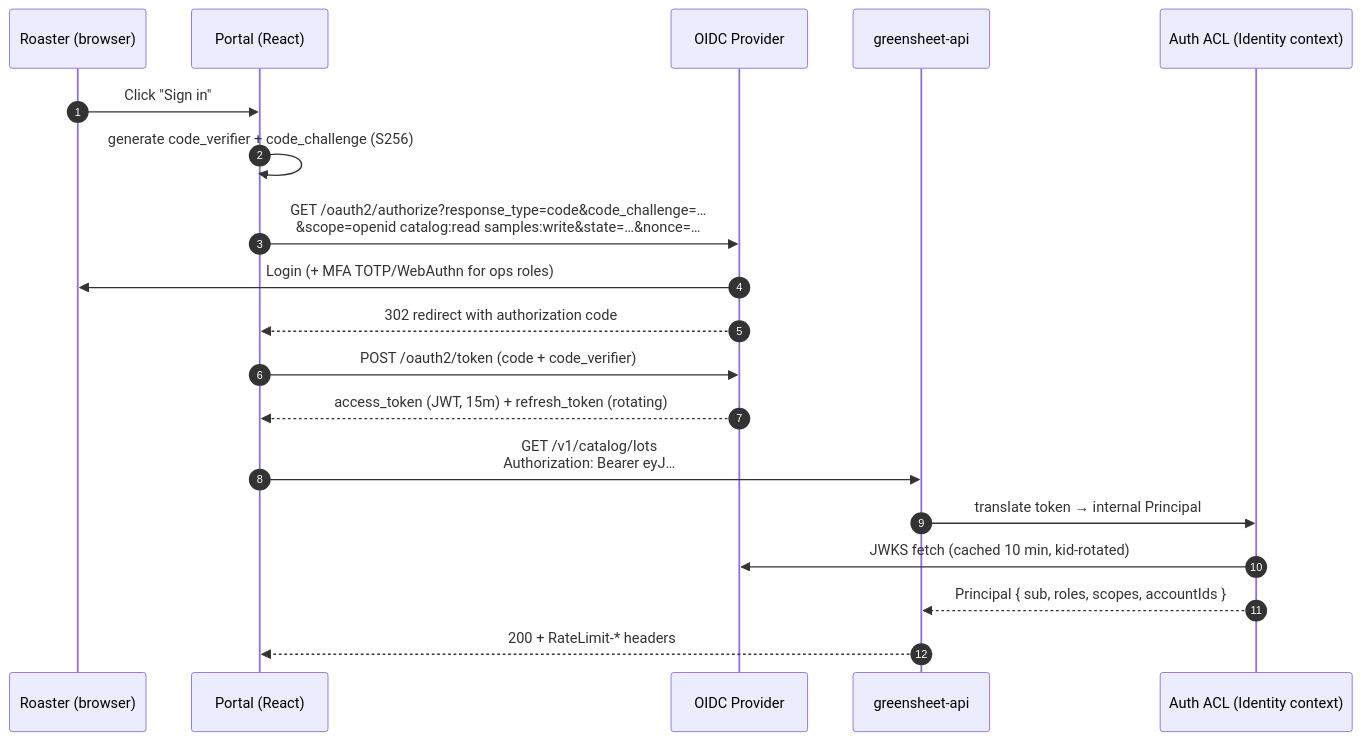
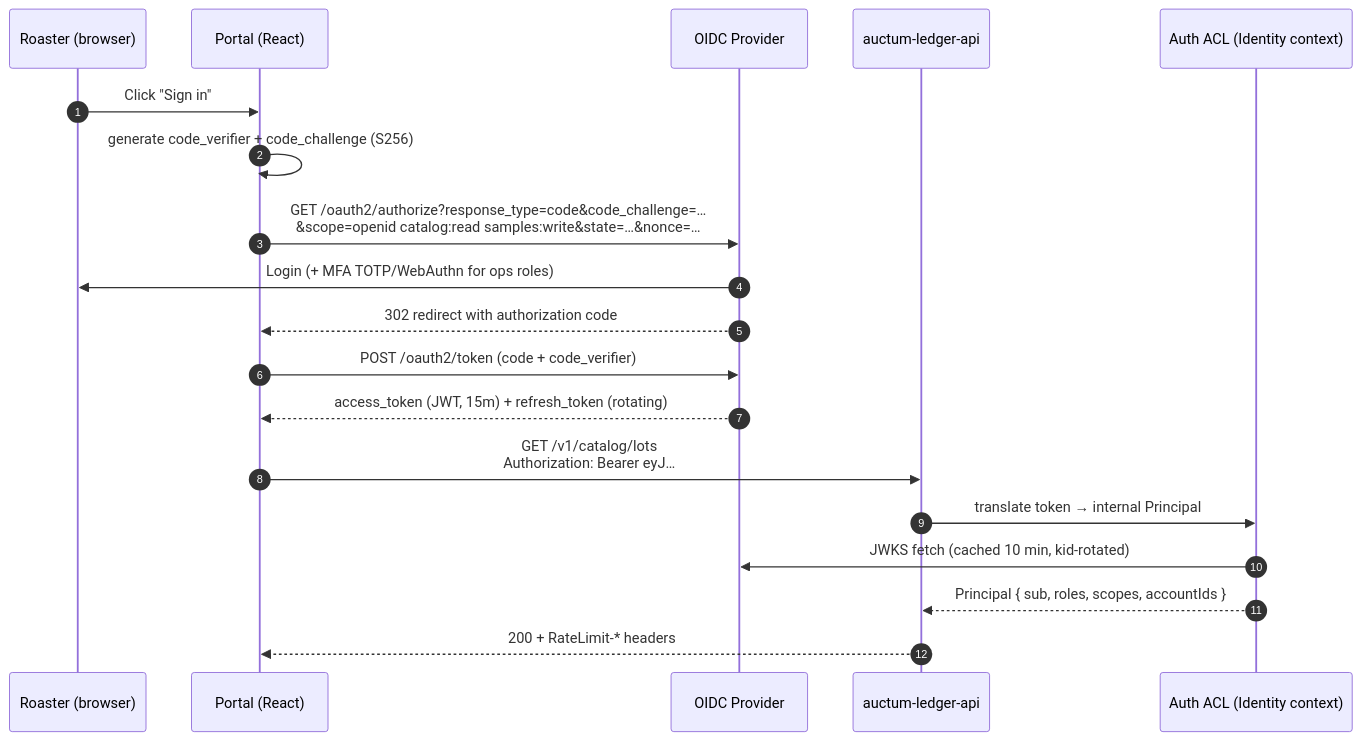
The diagram in engineering/07-security-compliance.md (marcusdax/greensheet), drawn with Mermaid before and after one commit. The commit also changed other lines of this file, not shown here.

Commit message:
rebrand: Auctum Ledger — security & compliance architecture (engineering/07)

````diff
--- a/engineering/07-security-compliance.md
+++ b/engineering/07-security-compliance.md
@@ -14,22 +14,22 @@
 ```mermaid
 sequenceDiagram
     autonumber
     participant U as Roaster (browser)
     participant SPA as Portal (React)
     participant IdP as OIDC Provider
-    participant API as greensheet-api
+    participant API as auctum-ledger-api
     participant ACL as Auth ACL (Identity context)
 
     U->>SPA: Click "Sign in"
     SPA->>SPA: generate code_verifier + code_challenge (S256)
     SPA->>IdP: GET /oauth2/authorize?response_type=code&code_challenge=…<br/>&scope=openid catalog:read samples:write&state=…&nonce=…
     IdP->>U: Login (+ MFA TOTP/WebAuthn for ops roles)
     IdP-->>SPA: 302 redirect with authorization code
     SPA->>IdP: POST /oauth2/token (code + code_verifier)
     IdP-->>SPA: access_token (JWT, 15m) + refresh_token (rotating)
     SPA->>API: GET /v1/catalog/lots<br/>Authorization: Bearer eyJ…
     API->>ACL: translate token → internal Principal
     ACL->>IdP: JWKS fetch (cached 10 min, kid-rotated)
     ACL-->>API: Principal { sub, roles, scopes, accountIds }
     API-->>SPA: 200 + RateLimit-* headers
 ```
````
